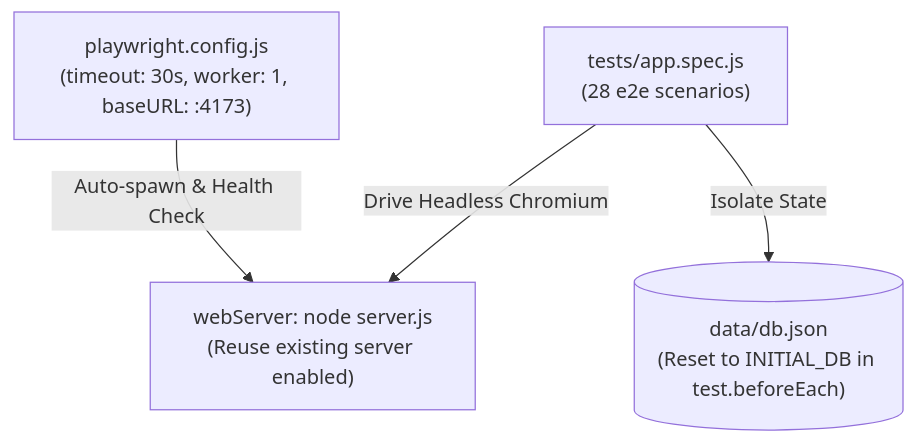
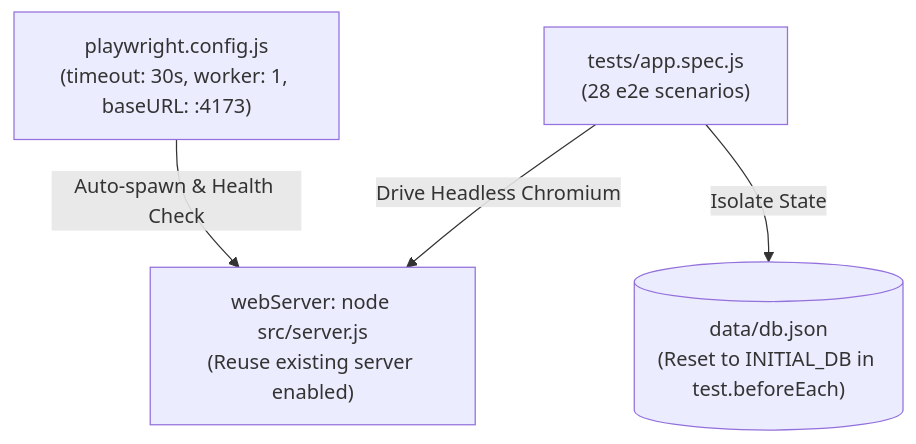
Before and after one commit to StraySun/Buddie: the diagram in .agents/skills/qa-testing/SKILL.md, drawn with Mermaid. The commit also changed 50 other files, not shown here.

````diff
--- a/.agents/skills/qa-testing/SKILL.md
+++ b/.agents/skills/qa-testing/SKILL.md
@@ -16,11 +16,11 @@
 ```mermaid
 flowchart TD
     Config["playwright.config.js\n(timeout: 30s, worker: 1, baseURL: :4173)"]
-    Server["webServer: node server.js\n(Reuse existing server enabled)"]
+    Server["webServer: node src/server.js\n(Reuse existing server enabled)"]
     DB[("data/db.json\n(Reset to INITIAL_DB in test.beforeEach)")]
     Suite["tests/app.spec.js\n(28 e2e scenarios)"]
 
     Config -->|"Auto-spawn & Health Check"| Server
     Suite -->|"Isolate State"| DB
     Suite -->|"Drive Headless Chromium"| Server
 ```
````
